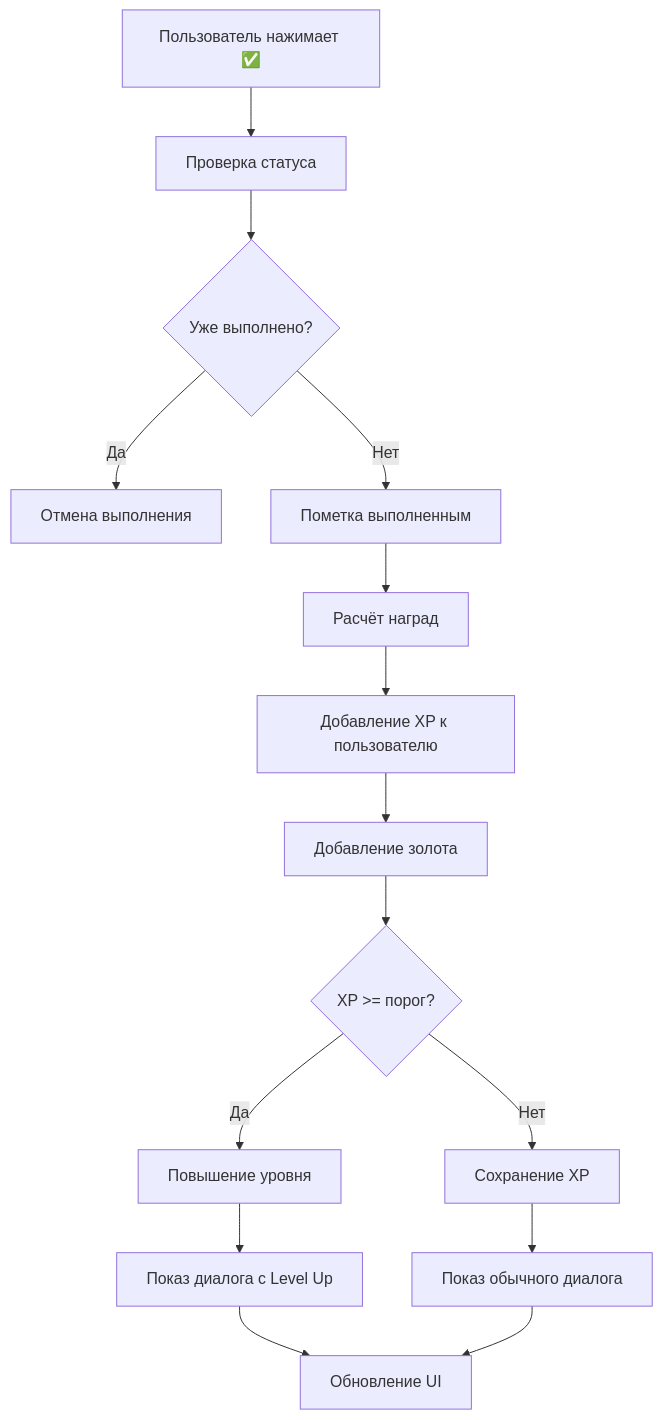
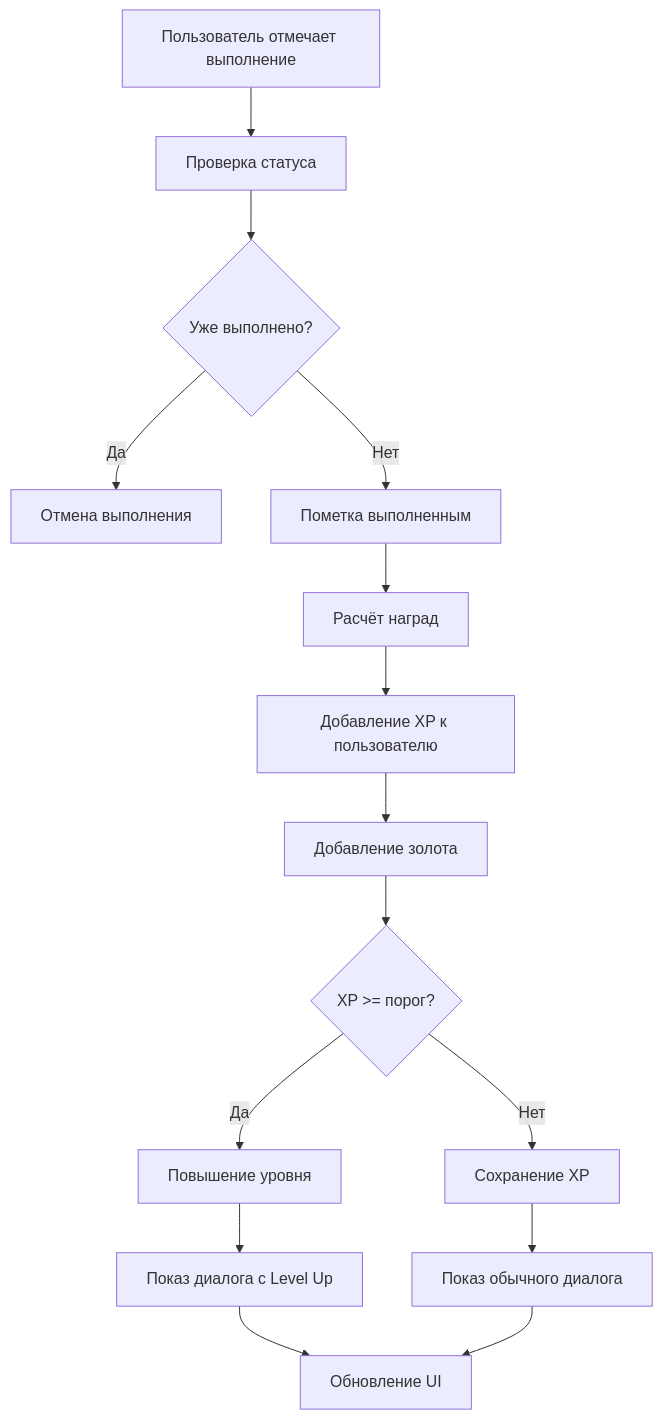
Before and after one commit to Tsuk1mi/irl-quest: the second of 3 diagrams in docs/TECHNICAL_DOCS.md, drawn with Mermaid. The commit also changed other lines of this file and 123 other files, not shown here.

````diff
--- a/docs/TECHNICAL_DOCS.md
+++ b/docs/TECHNICAL_DOCS.md
@@ -785,17 +785,17 @@
 ```mermaid
 graph TD
-    A[Пользователь нажимает ✅] --> B[Проверка статуса]
+    A[Пользователь отмечает выполнение] --> B[Проверка статуса]
     B --> C{Уже выполнено?}
     C -->|Да| D[Отмена выполнения]
     C -->|Нет| E[Пометка выполненным]
     E --> F[Расчёт наград]
     F --> G[Добавление XP к пользователю]
     G --> H[Добавление золота]
     H --> I{XP >= порог?}
     I -->|Да| J[Повышение уровня]
     I -->|Нет| K[Сохранение XP]
     J --> L[Показ диалога с Level Up]
     K --> M[Показ обычного диалога]
     L --> N[Обновление UI]
     M --> N
 ```
````
